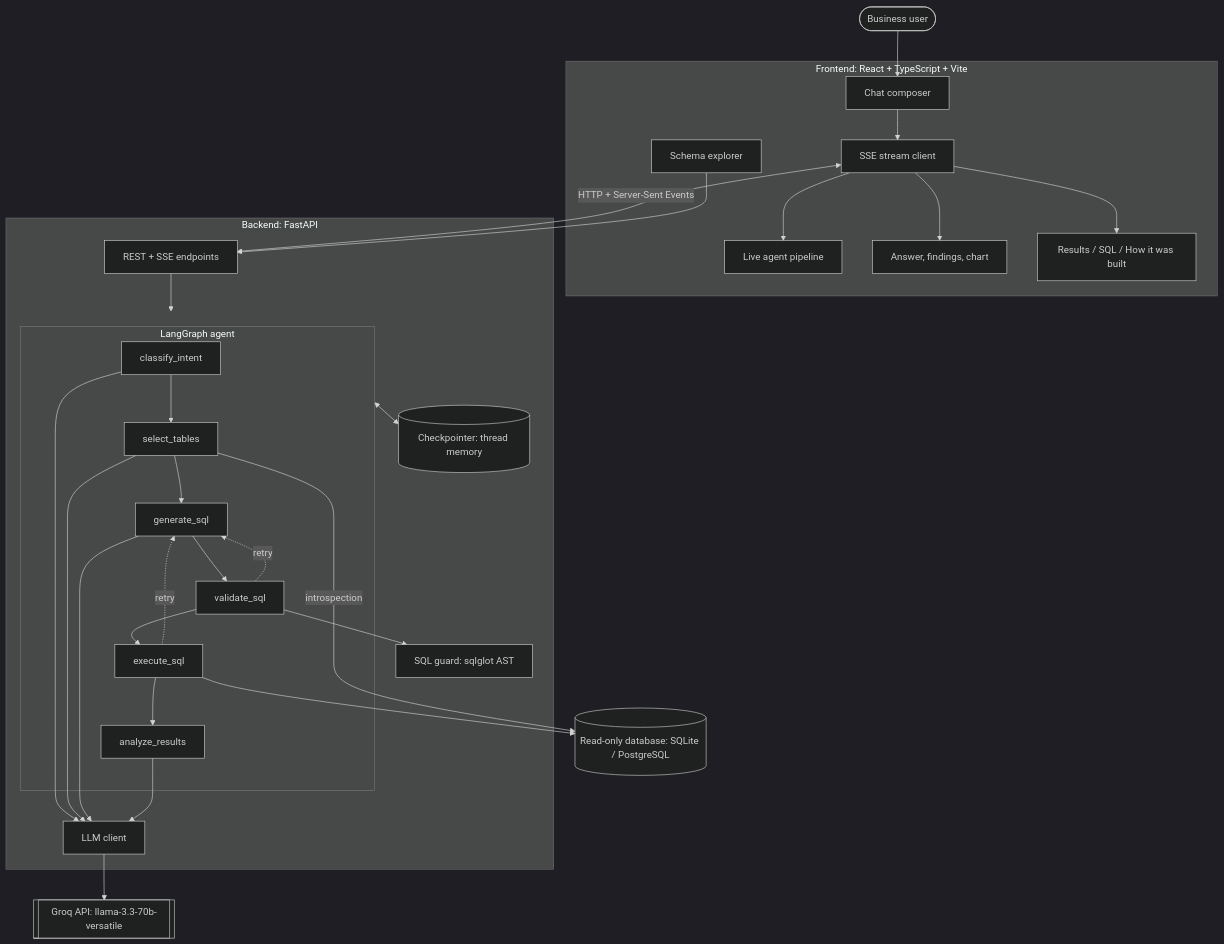
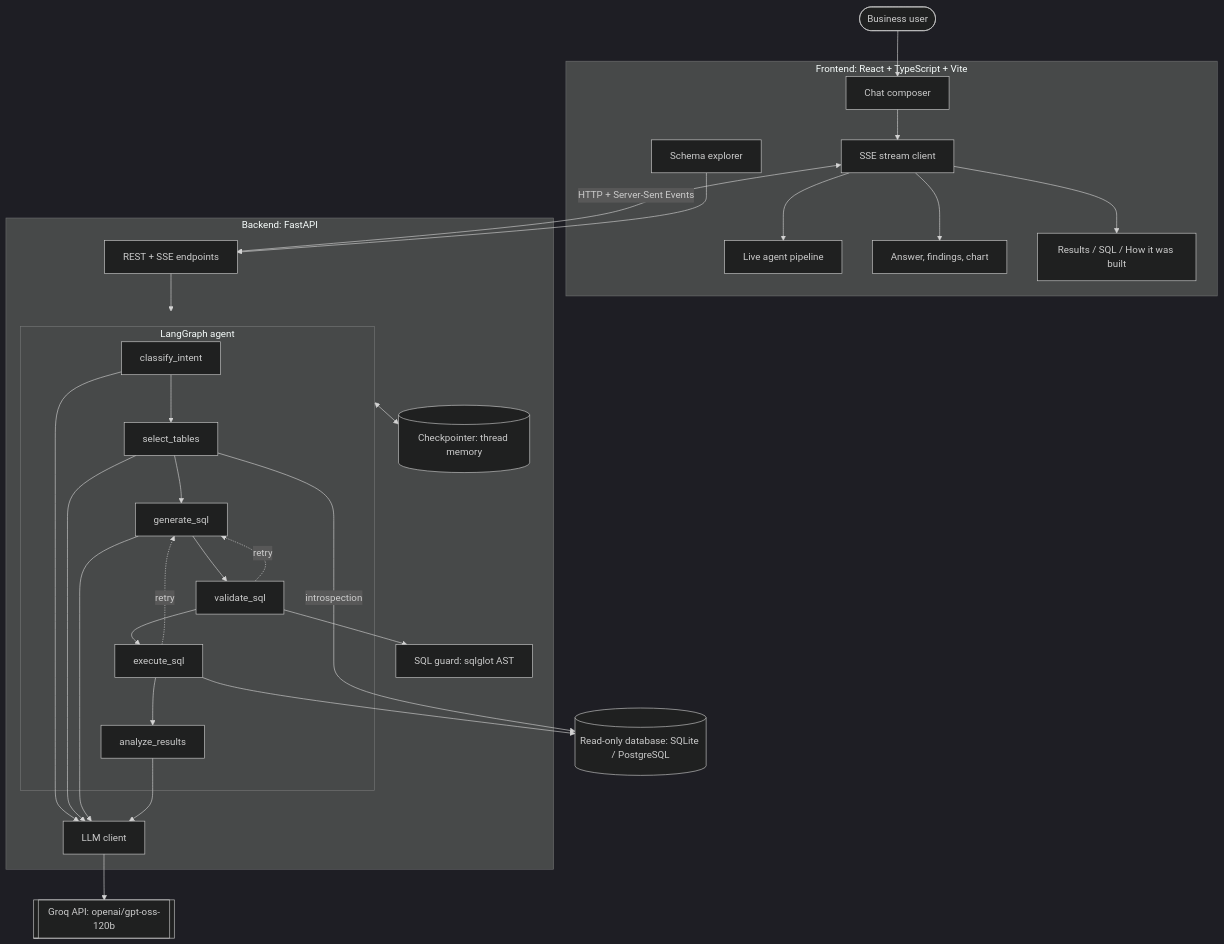
Before and after one commit to MHassan-AiExpert/Insight-Graph-Agentic-SQL-Data-Analyst-: the first of 5 diagrams in README.md, drawn with Mermaid (dark theme). The commit also changed other lines of this file and 25 other files, not shown here.

First line of the commit message:
Live-testing improvements: default model, faster reasoning, multi-series charts

````diff
--- a/README.md
+++ b/README.md
@@ -82,36 +82,36 @@
 ```mermaid
 flowchart TB
     U([Business user]) --> UI
 
     subgraph FE["Frontend: React + TypeScript + Vite"]
         UI[Chat composer] --> SSE[SSE stream client]
         SSE --> PIPE[Live agent pipeline]
         SSE --> ANS[Answer, findings, chart]
         SSE --> TAB[Results / SQL / How it was built]
         SCH[Schema explorer]
     end
 
     subgraph BE["Backend: FastAPI"]
         API["REST + SSE endpoints"]
         subgraph AG["LangGraph agent"]
             N1[classify_intent] --> N2[select_tables] --> N3[generate_sql] --> N4[validate_sql] --> N5[execute_sql] --> N6[analyze_results]
             N4 -. retry .-> N3
             N5 -. retry .-> N3
         end
         CP[(Checkpointer: thread memory)]
         GUARD[SQL guard: sqlglot AST]
         LLMC[LLM client]
     end
 
-    GROQ[[Groq API: llama-3.3-70b-versatile]]
+    GROQ[[Groq API: openai/gpt-oss-120b]]
     DB[(Read-only database: SQLite / PostgreSQL)]
 
     SSE <-->|HTTP + Server-Sent Events| API
     SCH --> API
     API --> AG
     AG <--> CP
     N4 --> GUARD
     N1 & N2 & N3 & N6 --> LLMC --> GROQ
     N5 --> DB
     N2 -->|introspection| DB
 ```
````
